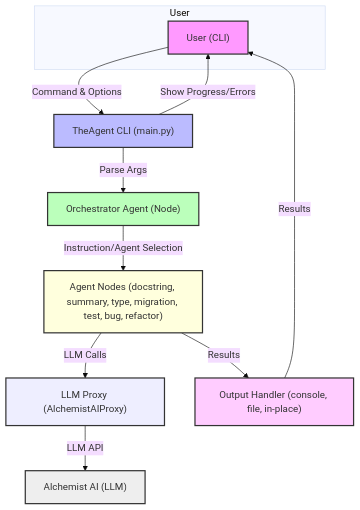
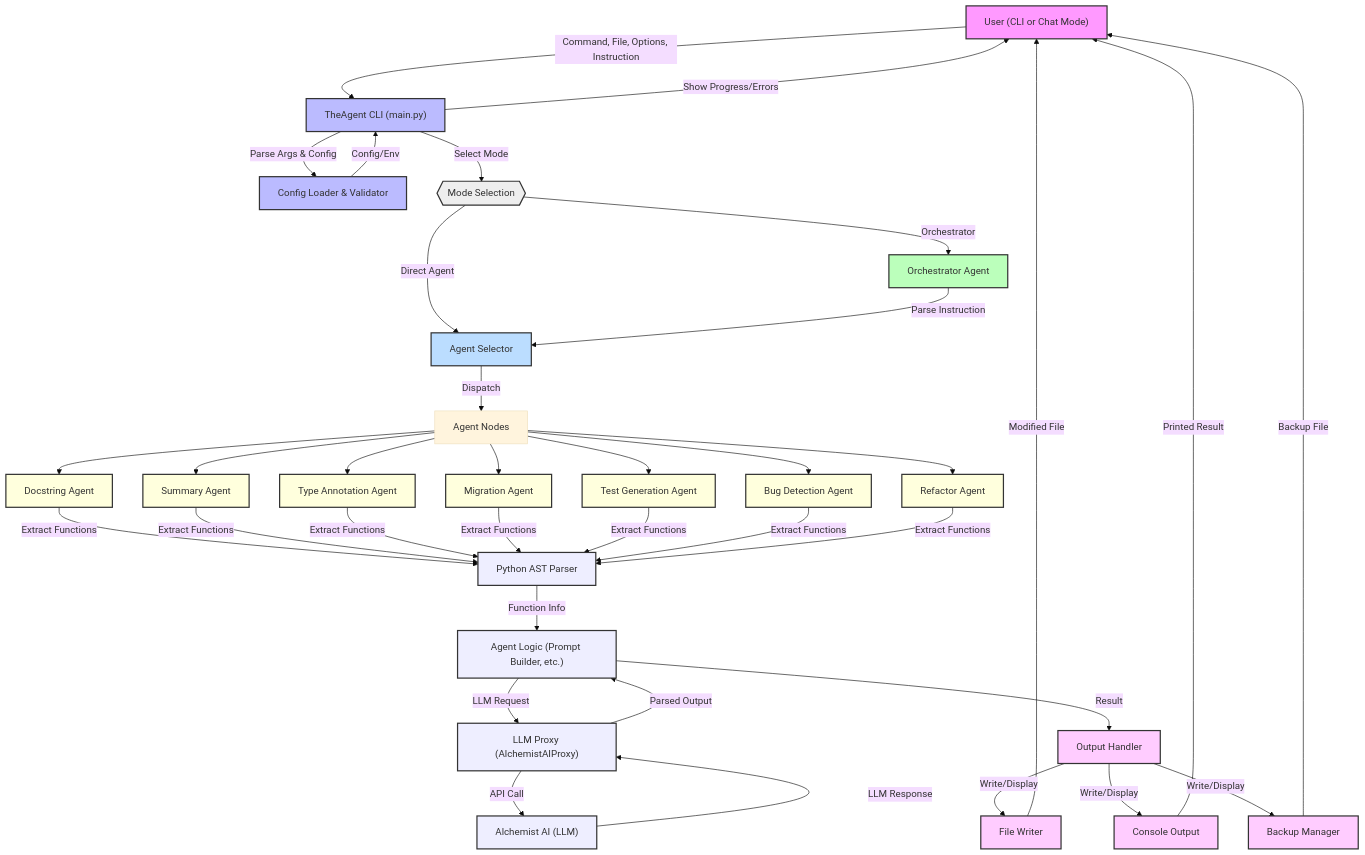
One commit to haroon0x/TheAgent changed the diagram in README.md. Above: the diagram before and after it, drawn with Mermaid (base theme). The commit also changed other lines of this file, not shown here.

````diff
--- a/README.md
+++ b/README.md
@@ -17,21 +17,91 @@
 ```mermaid
 flowchart TD
-    subgraph User
-        U["User (CLI)"]
-    end
-    U -->|"Command & Options"| CLI["TheAgent CLI (main.py)"]
-    CLI -->|"Parse Args"| Orchestrator["Orchestrator Agent (Node)"]
-    Orchestrator -->|"Instruction/Agent Selection"| AgentNodes["Agent Nodes (docstring, summary, type, migration, test, bug, refactor)"]
-    AgentNodes -->|"LLM Calls"| LLMProxy["LLM Proxy (AlchemistAIProxy)"]
-    LLMProxy -->|"LLM API"| LLM["Alchemist AI (LLM)"]
-    AgentNodes -->|"Results"| Output["Output Handler (console, file, in-place)"]
-    Output -->|"Results"| U
-    CLI -->|"Show Progress/Errors"| U
-    style U fill:#f9f,stroke:#333,stroke-width:2
-    style CLI fill:#bbf,stroke:#333,stroke-width:2
-    style Orchestrator fill:#bfb,stroke:#333,stroke-width:2
-    style AgentNodes fill:#ffd,stroke:#333,stroke-width:2
-    style LLMProxy fill:#eef,stroke:#333,stroke-width:2
-    style LLM fill:#eee,stroke:#333,stroke-width:2
-    style Output fill:#fcf,stroke:#333,stroke-width:2
+    U["User (CLI or Chat Mode)"]
+    CLI["TheAgent CLI (main.py)"]
+    Config["Config Loader & Validator"]
+    ModeSwitch{{"Mode Selection"}}
+    Orchestrator["Orchestrator Agent"]
+    AgentSelector["Agent Selector"]
+    AgentNodes["Agent Nodes"]
+    DocNode["Docstring Agent"]
+    SummaryNode["Summary Agent"]
+    TypeNode["Type Annotation Agent"]
+    MigrationNode["Migration Agent"]
+    TestNode["Test Generation Agent"]
+    BugNode["Bug Detection Agent"]
+    RefactorNode["Refactor Agent"]
+    Parser["Python AST Parser"]
+    AgentLogic["Agent Logic (Prompt Builder, etc.)"]
+    LLMProxy["LLM Proxy (AlchemistAIProxy)"]
+    LLM["Alchemist AI (LLM)"]
+    OutputHandler["Output Handler"]
+    FileWriter["File Writer"]
+    Console["Console Output"]
+    Backup["Backup Manager"]
+
+    %% User interaction
+    U -->|Command, File, Options, Instruction| CLI
+    CLI -->|Parse Args & Config| Config
+    CLI -->|Select Mode| ModeSwitch
+    CLI -->|Show Progress/Errors| U
+    Config -->|Config/Env| CLI
+
+    %% Mode selection
+    ModeSwitch -- "Orchestrator" --> Orchestrator
+    ModeSwitch -- "Direct Agent" --> AgentSelector
+    Orchestrator -->|Parse Instruction| AgentSelector
+    AgentSelector -->|Dispatch| AgentNodes
+
+    %% Agent nodes
+    AgentNodes --> DocNode
+    AgentNodes --> SummaryNode
+    AgentNodes --> TypeNode
+    AgentNodes --> MigrationNode
+    AgentNodes --> TestNode
+    AgentNodes --> BugNode
+    AgentNodes --> RefactorNode
+
+    %% Agent workflow
+    DocNode -->|Extract Functions| Parser
+    SummaryNode -->|Extract Functions| Parser
+    TypeNode -->|Extract Functions| Parser
+    MigrationNode -->|Extract Functions| Parser
+    TestNode -->|Extract Functions| Parser
+    BugNode -->|Extract Functions| Parser
+    RefactorNode -->|Extract Functions| Parser
+
+    Parser -->|Function Info| AgentLogic
+    AgentLogic -->|LLM Request| LLMProxy
+    LLMProxy -->|API Call| LLM
+    LLM -->|LLM Response| LLMProxy
+    LLMProxy -->|Parsed Output| AgentLogic
+    AgentLogic -->|Result| OutputHandler
+
+    %% Output
+    OutputHandler -->|Write/Display| FileWriter
+    OutputHandler -->|Write/Display| Console
+    OutputHandler -->|Write/Display| Backup
+    FileWriter -->|Modified File| U
+    Console -->|Printed Result| U
+    Backup -->|Backup File| U
+
+    %% Styling
+    classDef agent fill:#ffd,stroke:#333,stroke-width:2;
+    class DocNode,SummaryNode,TypeNode,MigrationNode,TestNode,BugNode,RefactorNode agent;
+    classDef output fill:#fcf,stroke:#333,stroke-width:2;
+    class FileWriter,Console,Backup,OutputHandler output;
+    classDef llm fill:#eef,stroke:#333,stroke-width:2;
+    class LLMProxy,LLM llm;
+    classDef logic fill:#eef,stroke:#333,stroke-width:2;
+    class AgentLogic,Parser logic;
+    classDef infra fill:#bbf,stroke:#333,stroke-width:2;
+    class CLI,Config infra;
+    classDef user fill:#f9f,stroke:#333,stroke-width:2;
+    class U user;
+    classDef selector fill:#bdf,stroke:#333,stroke-width:2;
+    class AgentSelector selector;
+    classDef orchestrator fill:#bfb,stroke:#333,stroke-width:2;
+    class Orchestrator orchestrator;
+    classDef mode fill:#eee,stroke:#333,stroke-width:2;
+    class ModeSwitch mode;
 ```
````
